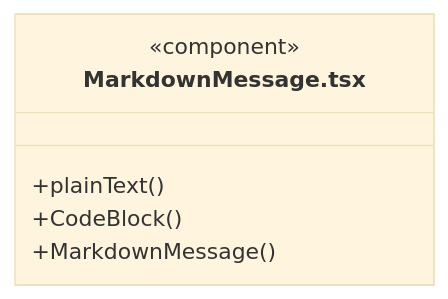
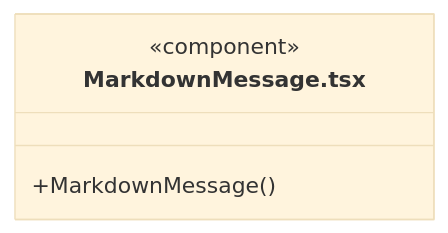
One commit to nan023062/cbim changed the tenth of 33 diagrams in src/frontend/conversation/ARCHITECTURE.md. Above: the diagram before and after it, drawn with Mermaid (base theme). The commit also changed other lines of this file and 240 other files, not shown here.

````diff
--- a/src/frontend/conversation/ARCHITECTURE.md
+++ b/src/frontend/conversation/ARCHITECTURE.md
@@ -133,9 +153,7 @@
 ```mermaid
 classDiagram
 class N_src_frontend_conversation_MarkdownMessage_tsx["MarkdownMessage.tsx"] {
   <<component>>
-  +plainText()
-  +CodeBlock()
   +MarkdownMessage()
 }
 ```
````
